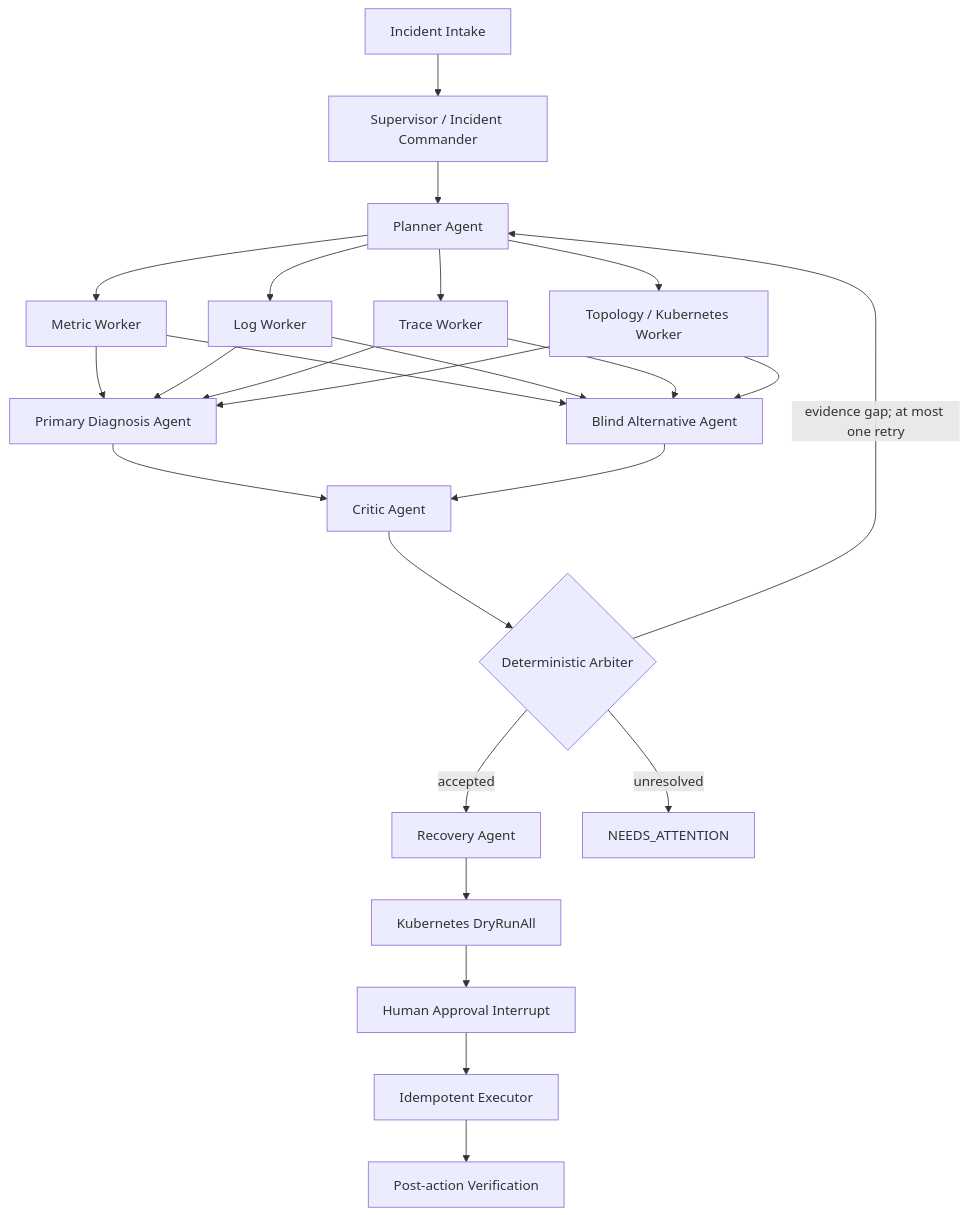
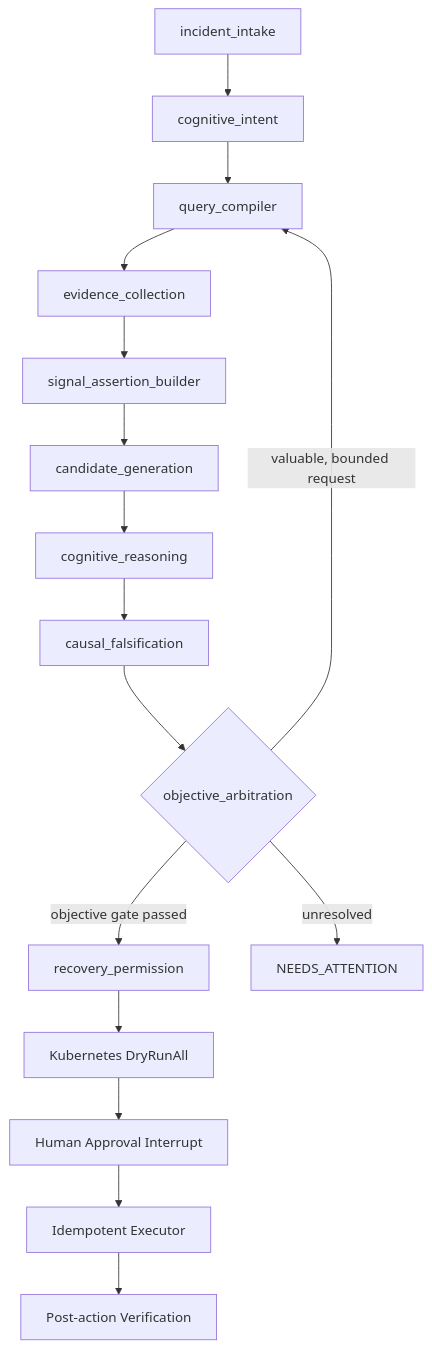
One commit to GongShichen/kubepilot-aiops changed the first of 2 diagrams in README.md. Above: the diagram before and after it, drawn with Mermaid. The commit also changed other lines of this file and 67 other files, not shown here.

Commit message:
feat: add evidence-grounded cognitive diagnosis runtime

````diff
--- a/README.md
+++ b/README.md
@@ -15,27 +15,18 @@
 ```mermaid
 flowchart TD
-    I["Incident Intake"] --> S["Supervisor / Incident Commander"]
-    S --> P["Planner Agent"]
-    P --> M["Metric Worker"]
-    P --> L["Log Worker"]
-    P --> T["Trace Worker"]
-    P --> K["Topology / Kubernetes Worker"]
-    M --> D["Primary Diagnosis Agent"]
-    L --> D
-    T --> D
-    K --> D
-    M --> A["Blind Alternative Agent"]
-    L --> A
-    T --> A
-    K --> A
-    D --> C["Critic Agent"]
-    A --> C
-    C --> R{"Deterministic Arbiter"}
-    R -->|"accepted"| REC["Recovery Agent"]
-    R -->|"evidence gap; at most one retry"| P
-    R -->|"unresolved"| H["NEEDS_ATTENTION"]
-    REC --> DR["Kubernetes DryRunAll"]
+    I["incident_intake"] --> CI["cognitive_intent"]
+    CI --> QC["query_compiler"]
+    QC --> EC["evidence_collection"]
+    EC --> SA["signal_assertion_builder"]
+    SA --> CG["candidate_generation"]
+    CG --> CR["cognitive_reasoning"]
+    CR --> CF["causal_falsification"]
+    CF --> OA{"objective_arbitration"}
+    OA -->|"valuable, bounded request"| QC
+    OA -->|"objective gate passed"| RP["recovery_permission"]
+    OA -->|"unresolved"| H["NEEDS_ATTENTION"]
+    RP --> DR["Kubernetes DryRunAll"]
     DR --> AP["Human Approval Interrupt"]
     AP --> EX["Idempotent Executor"]
     EX --> V["Post-action Verification"]
 ```
````
